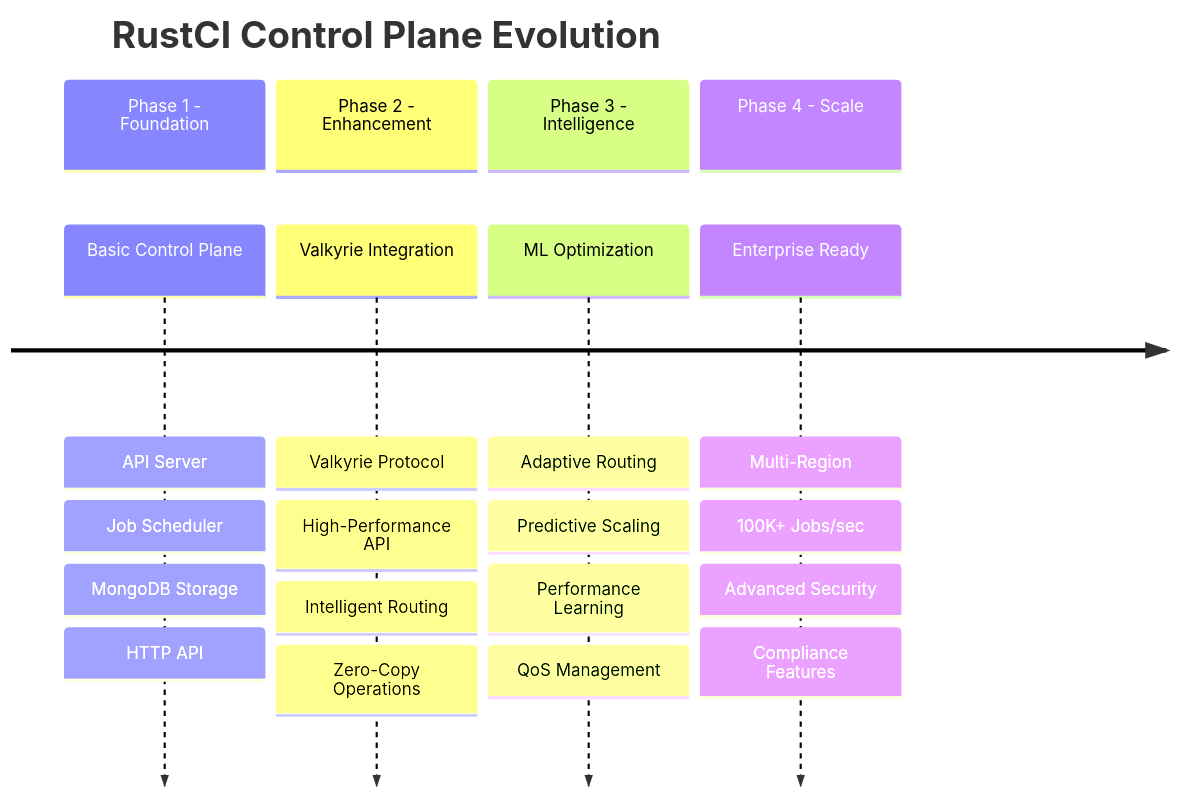
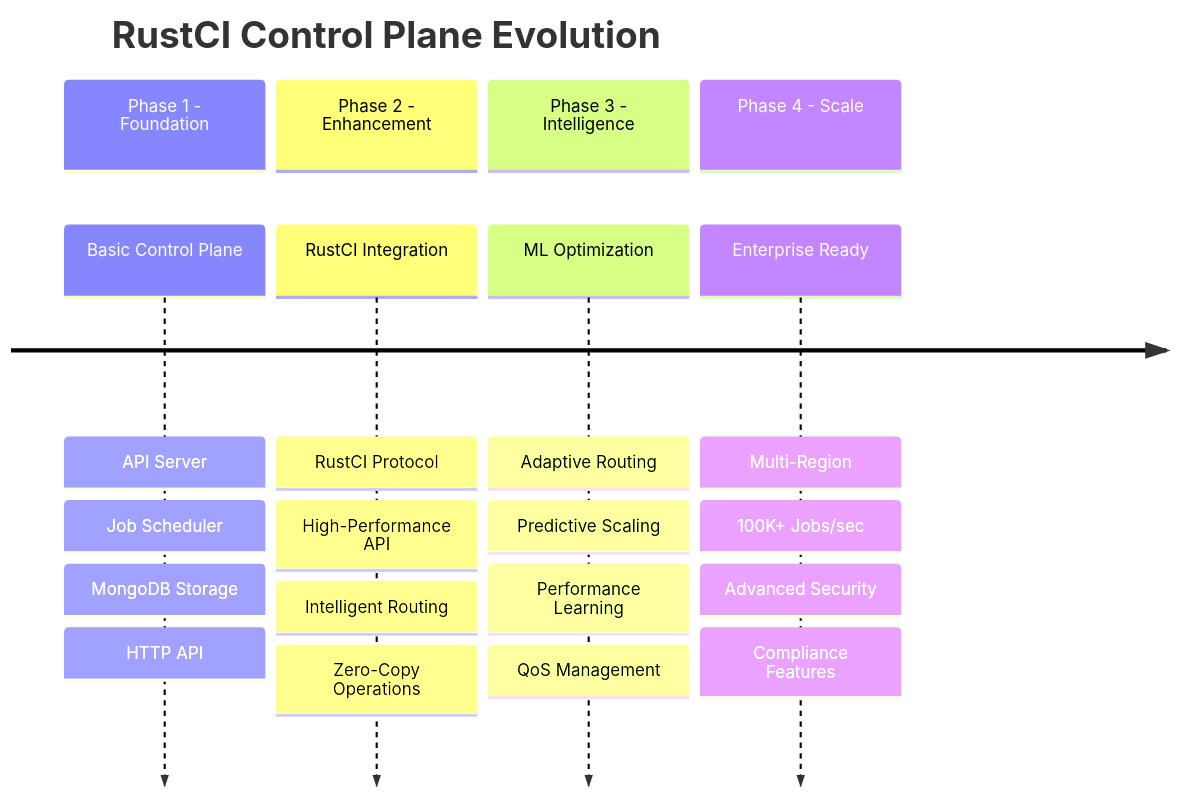
One commit to RitabrataRoychowdhury/RustCI changed the fourth of 5 diagrams in docs/architecture/control-plane-comparison-diagram.md. Above: the diagram before and after it, drawn with Mermaid. The commit also changed other lines of this file and 182 other files, not shown here.

````diff
--- a/docs/architecture/control-plane-comparison-diagram.md
+++ b/docs/architecture/control-plane-comparison-diagram.md
@@ -178,28 +178,28 @@
 ```mermaid
 timeline
     title RustCI Control Plane Evolution
     
     section Phase 1 - Foundation
         Basic Control Plane : API Server
                             : Job Scheduler
                             : MongoDB Storage
                             : HTTP API
     
     section Phase 2 - Enhancement
-        Valkyrie Integration : Valkyrie Protocol
+        RustCI Integration : RustCI Protocol
                             : High-Performance API
                             : Intelligent Routing
                             : Zero-Copy Operations
     
     section Phase 3 - Intelligence
         ML Optimization : Adaptive Routing
                         : Predictive Scaling
                         : Performance Learning
                         : QoS Management
     
     section Phase 4 - Scale
         Enterprise Ready : Multi-Region
                          : 100K+ Jobs/sec
                          : Advanced Security
                          : Compliance Features
 ```
````
